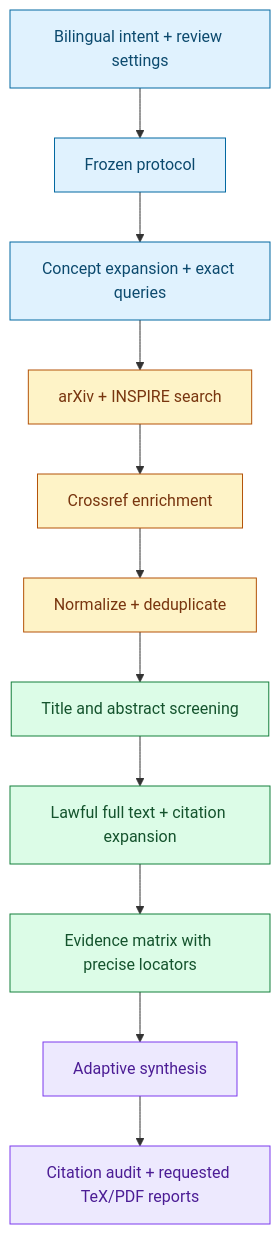
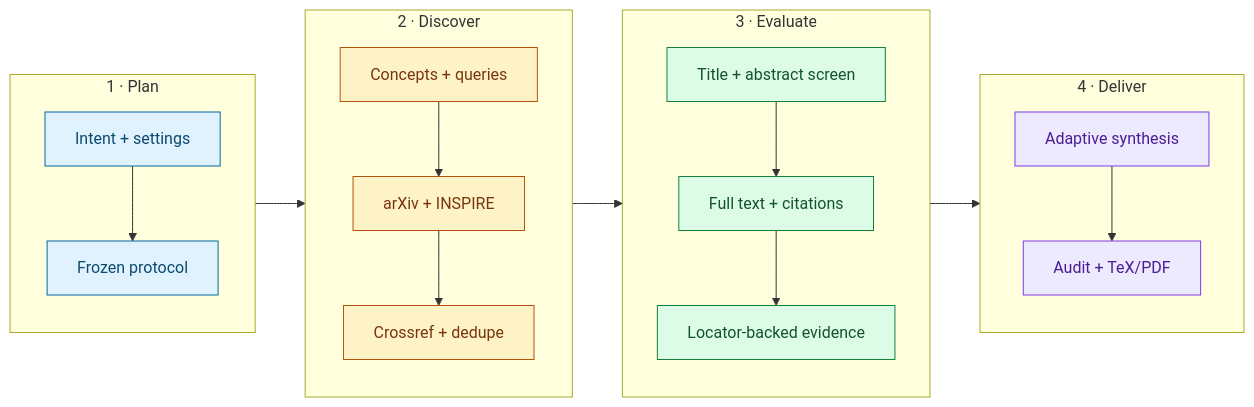
The diagram in README.md (Enjoy20030921/survey-physics-literature), drawn with Mermaid before and after one commit. The commit also changed 1 other file, not shown here.

Commit message:
Compact README workflow diagrams

````diff
--- a/README.md
+++ b/README.md
@@ -170,22 +170,32 @@
 ```mermaid
-flowchart TD
-    A["Bilingual intent + review settings"] --> B["Frozen protocol"]
-    B --> C["Concept expansion + exact queries"]
-    C --> D["arXiv + INSPIRE search"]
-    D --> E["Crossref enrichment"]
-    E --> F["Normalize + deduplicate"]
-    F --> G["Title and abstract screening"]
-    G --> H["Lawful full text + citation expansion"]
-    H --> I["Evidence matrix with precise locators"]
-    I --> J["Adaptive synthesis"]
-    J --> K["Citation audit + requested TeX/PDF reports"]
+flowchart LR
+    subgraph P["1 · Plan"]
+        direction TB
+        A["Intent + settings"] --> B["Frozen protocol"]
+    end
+    subgraph D["2 · Discover"]
+        direction TB
+        C["Concepts + queries"] --> D1["arXiv + INSPIRE"] --> E["Crossref + dedupe"]
+    end
+    subgraph V["3 · Evaluate"]
+        direction TB
+        F["Title + abstract screen"] --> G["Full text + citations"] --> H["Locator-backed evidence"]
+    end
+    subgraph R["4 · Deliver"]
+        direction TB
+        I["Adaptive synthesis"] --> J["Audit + TeX/PDF"]
+    end
+
+    B --> C
+    E --> F
+    H --> I
 
     classDef protocol fill:#e0f2fe,stroke:#0369a1,color:#0c4a6e;
     classDef sources fill:#fef3c7,stroke:#b45309,color:#78350f;
     classDef evidence fill:#dcfce7,stroke:#15803d,color:#14532d;
     classDef output fill:#ede9fe,stroke:#7c3aed,color:#4c1d95;
-    class A,B,C protocol;
-    class D,E,F sources;
-    class G,H,I evidence;
-    class J,K output;
+    class A,B protocol;
+    class C,D1,E sources;
+    class F,G,H evidence;
+    class I,J output;
 ```
````
